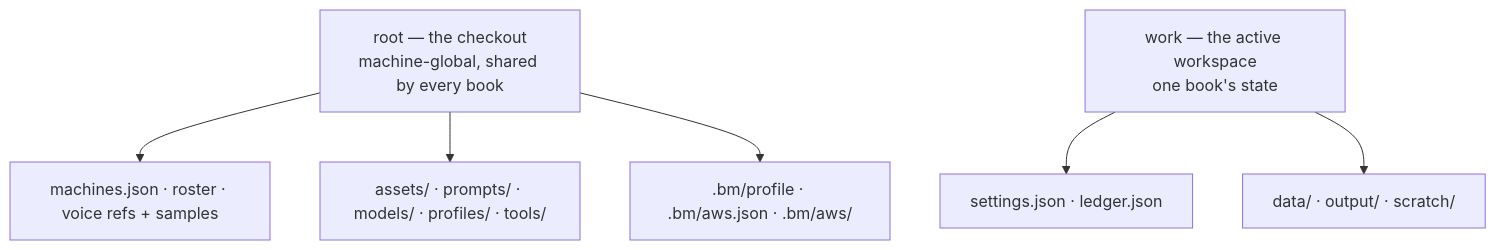
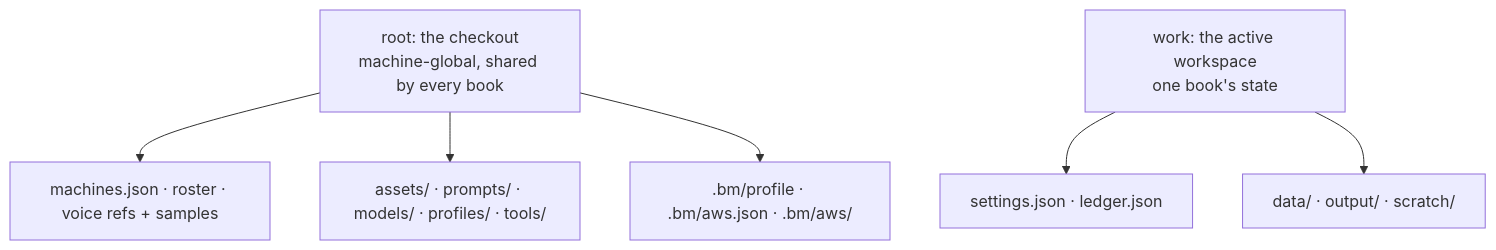
Before and after one commit to lhuthng/storycast: the third of 7 diagrams in docs/ARCHITECTURE.md, drawn with Mermaid. The commit also changed other lines of this file and 8 other files, not shown here.

````diff
--- a/docs/ARCHITECTURE.md
+++ b/docs/ARCHITECTURE.md
@@ -197,10 +198,10 @@
 ```mermaid
 flowchart TB
-    ROOT["root — the checkout<br/>machine-global, shared by every book"]
-    WORK["work — the active workspace<br/>one book's state"]
+    ROOT["root: the checkout<br/>machine-global, shared by every book"]
+    WORK["work: the active workspace<br/>one book's state"]
     ROOT --> R1["machines.json · roster · voice refs + samples"]
     ROOT --> R2["assets/ · prompts/ · models/ · profiles/ · tools/"]
     ROOT --> R3[".bm/profile · .bm/aws.json · .bm/aws/"]
     WORK --> W1["settings.json · ledger.json"]
     WORK --> W2["data/ · output/ · scratch/"]
 ```
````
